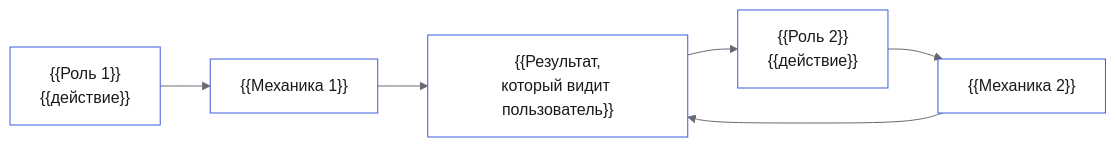
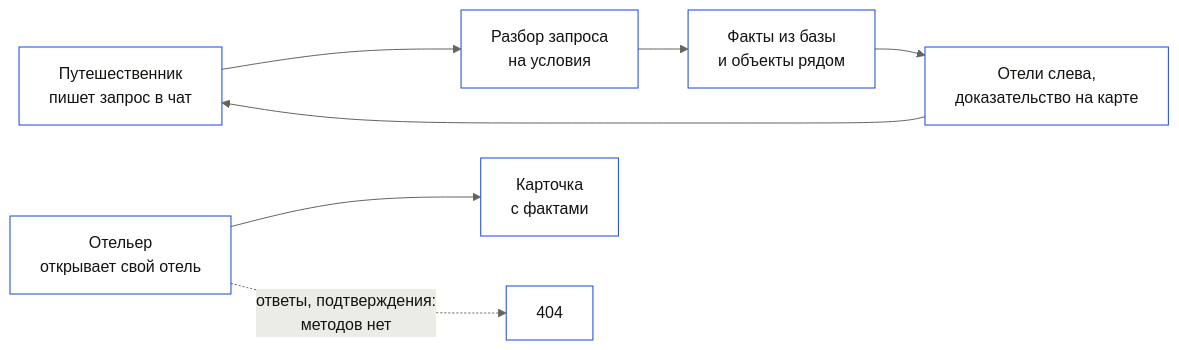
Before and after one commit to GoatWhistle/ostrovok: the first of 3 diagrams in docs/architecture.md, drawn with Mermaid. The commit also changed other lines of this file and 11 other files, not shown here.

````diff
--- a/docs/architecture.md
+++ b/docs/architecture.md
@@ -15,9 +17,10 @@
 ```mermaid
-%%{init: {"theme":"base","themeVariables":{"primaryColor":"#ffffff","primaryTextColor":"#1a1a1e","primaryBorderColor":"#3d5bd9","secondaryColor":"#ececee","tertiaryColor":"#f6f6f7","lineColor":"#686872","textColor":"#1a1a1e","noteBkgColor":"#ececee","noteTextColor":"#54545c","actorBkg":"#ffffff","actorBorder":"#3d5bd9","fontFamily":"Inter Variable"}}}%%
+%%{init: {"theme":"base","themeVariables":{"primaryColor":"#ffffff","primaryTextColor":"#12140f","primaryBorderColor":"#1546db","secondaryColor":"#eaece5","tertiaryColor":"#f4f5f1","lineColor":"#61665a","textColor":"#12140f","noteBkgColor":"#eaece5","noteTextColor":"#4a4e44","actorBkg":"#ffffff","actorBorder":"#1546db","fontFamily":"Manrope Variable"}}}%%
 flowchart LR
-    U1["{{Роль 1}}<br/>{{действие}}"] --> M1["{{Механика 1}}"]
-    U2["{{Роль 2}}<br/>{{действие}}"] --> M2["{{Механика 2}}"]
-    M1 --> R["{{Результат,<br/>который видит пользователь}}"]
-    M2 --> R
-    R --> U2
+    U1["Путешественник<br/>пишет запрос в чат"] --> M1["Разбор запроса<br/>на условия"]
+    M1 --> M2["Факты из базы<br/>и объекты рядом"]
+    M2 --> R["Отели слева,<br/>доказательство на карте"]
+    R --> U1
+    U2["Отельер<br/>открывает свой отель"] --> C["Карточка<br/>с фактами"]
+    U2 -.->|"ответы, подтверждения:<br/>методов нет"| X["404"]
 ```
````
